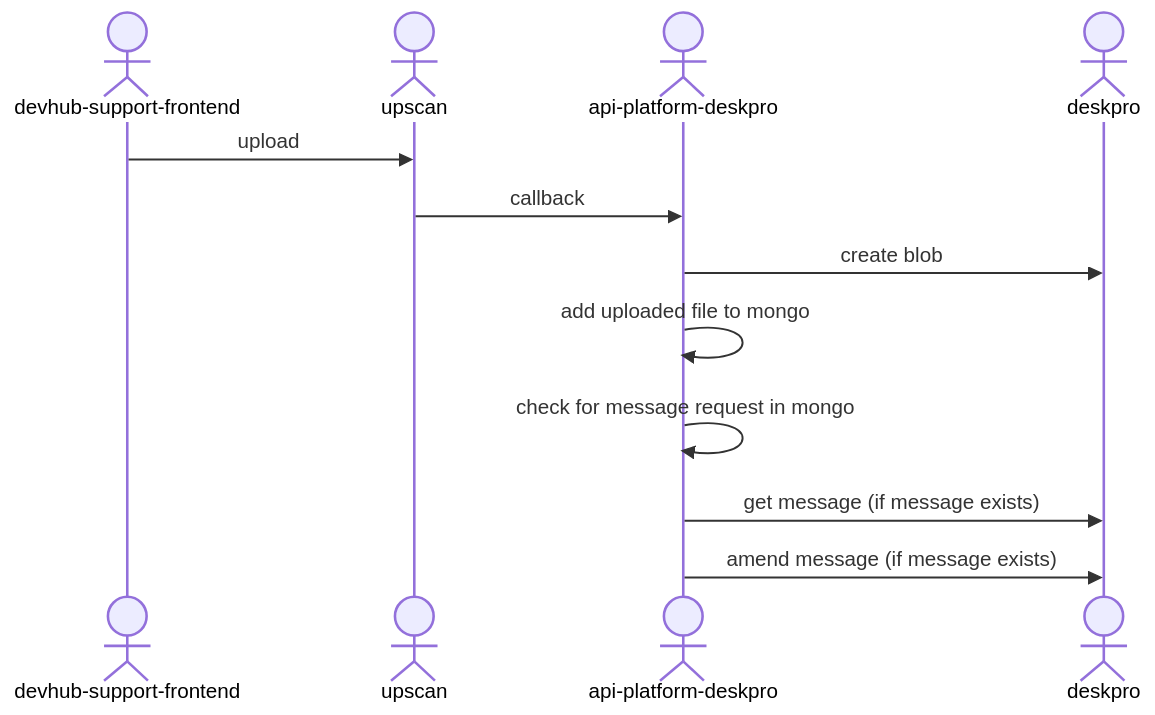
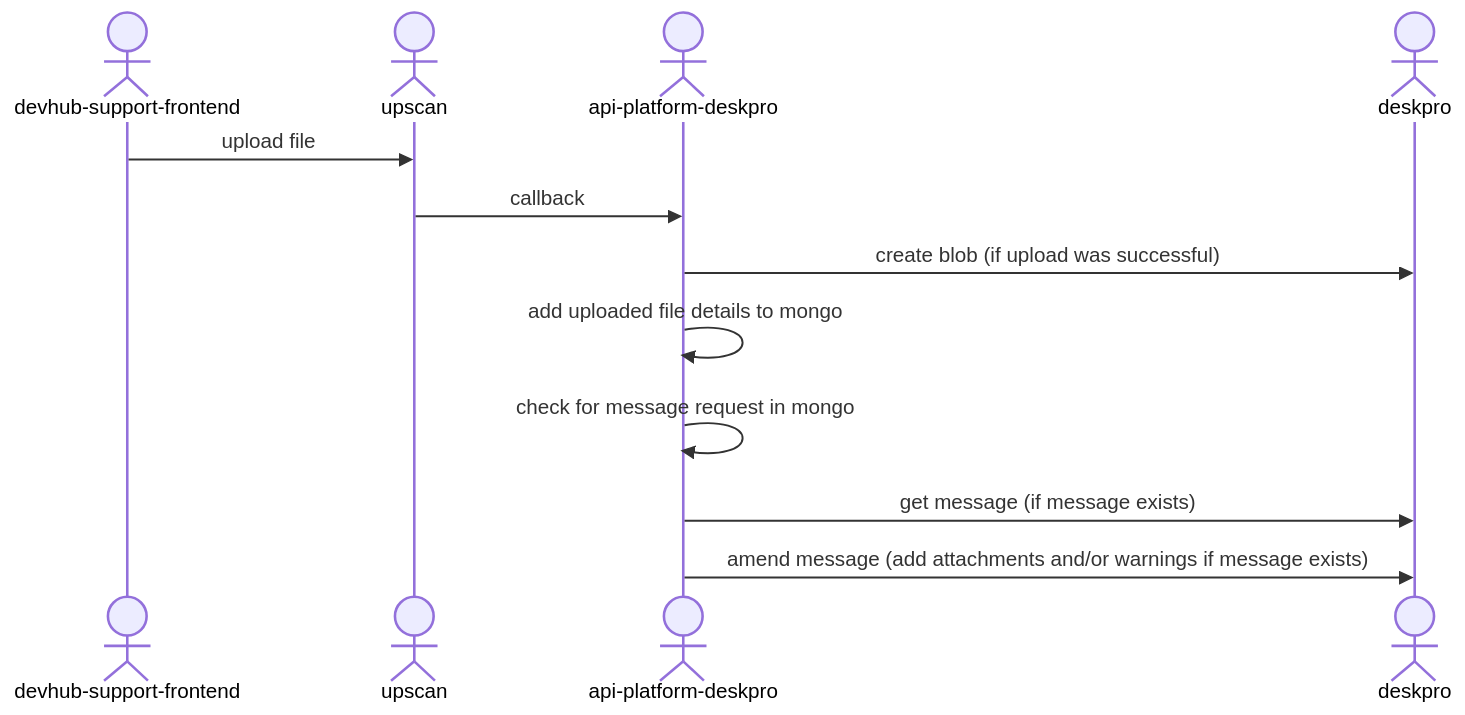
Before and after one commit to hmrc/api-platform-deskpro: the first of 2 diagrams in README.md, drawn with Mermaid. The commit also changed other lines of this file, not shown here.

Commit message:
APIS-7882 Add sequence diagrams to readme

````diff
--- a/README.md
+++ b/README.md
@@ -70,14 +77,14 @@
 ```mermaid
 sequenceDiagram
         actor devhub-support-frontend
         actor upscan
         actor api-platform-deskpro
         actor deskpro
-        devhub-support-frontend->>upscan: upload
+        devhub-support-frontend->>upscan: upload file
         upscan->>api-platform-deskpro: callback
-        api-platform-deskpro->>deskpro: create blob
-        api-platform-deskpro->>api-platform-deskpro: add uploaded file to mongo
+        api-platform-deskpro->>deskpro: create blob (if upload was successful)
+        api-platform-deskpro->>api-platform-deskpro: add uploaded file details to mongo
         api-platform-deskpro->>api-platform-deskpro: check for message request in mongo
         api-platform-deskpro->>deskpro: get message (if message exists)
-        api-platform-deskpro->>deskpro: amend message (if message exists)
+        api-platform-deskpro->>deskpro: amend message (add attachments and/or warnings if message exists)
 ```
````
